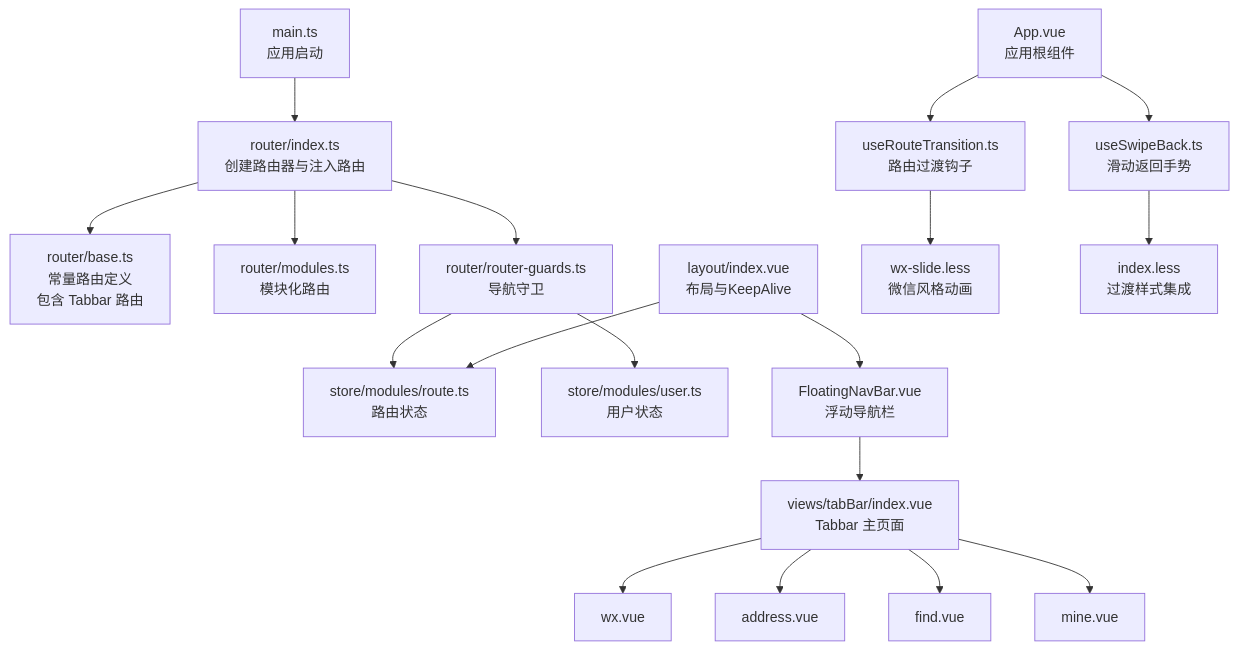
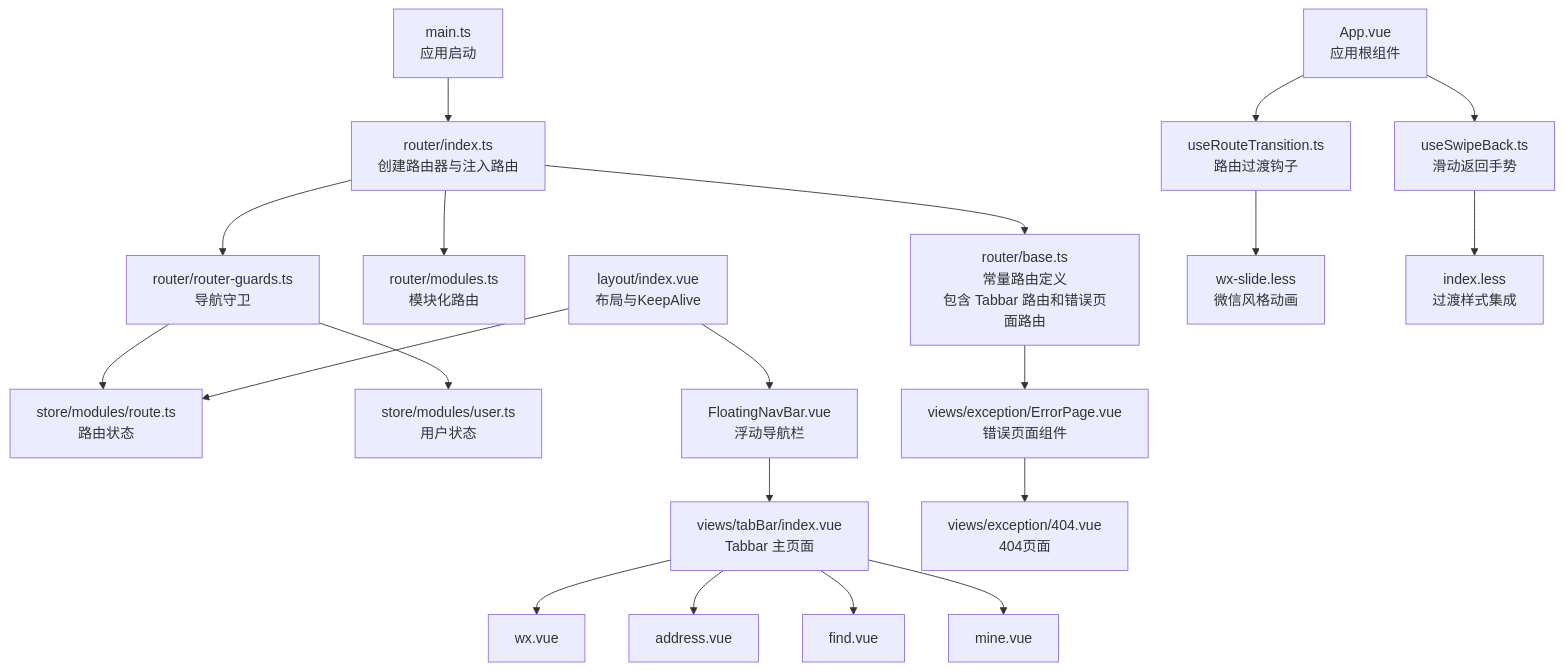
The first of 12 diagrams in .qoder/repowiki/zh/content/核心系统/路由系统.md (giserman001/vue3-vant4-mobile), drawn with Mermaid before and after one commit. The commit also changed other lines of this file and 13 other files, not shown here.

````diff
--- a/.qoder/repowiki/zh/content/核心系统/路由系统.md
+++ b/.qoder/repowiki/zh/content/核心系统/路由系统.md
@@ -64,20 +68,22 @@
 ```mermaid
 graph TB
 A["main.ts<br/>应用启动"] --> B["router/index.ts<br/>创建路由器与注入路由"]
-B --> C["router/base.ts<br/>常量路由定义<br/>包含 Tabbar 路由"]
+B --> C["router/base.ts<br/>常量路由定义<br/>包含 Tabbar 路由和错误页面路由"]
 B --> D["router/modules.ts<br/>模块化路由"]
 B --> E["router/router-guards.ts<br/>导航守卫"]
 E --> F["store/modules/route.ts<br/>路由状态"]
 E --> G["store/modules/user.ts<br/>用户状态"]
 H["layout/index.vue<br/>布局与KeepAlive"] --> F
 H --> I["FloatingNavBar.vue<br/>浮动导航栏"]
 I --> J["views/tabBar/index.vue<br/>Tabbar 主页面"]
 J --> K["wx.vue"]
 J --> L["address.vue"]
 J --> M["find.vue"]
 J --> N["mine.vue"]
 O["App.vue<br/>应用根组件"] --> P["useRouteTransition.ts<br/>路由过渡钩子"]
 O --> Q["useSwipeBack.ts<br/>滑动返回手势"]
 P --> R["wx-slide.less<br/>微信风格动画"]
 Q --> S["index.less<br/>过渡样式集成"]
+T["views/exception/ErrorPage.vue<br/>错误页面组件"] --> U["views/exception/404.vue<br/>404页面"]
+C --> T
 ```
````
